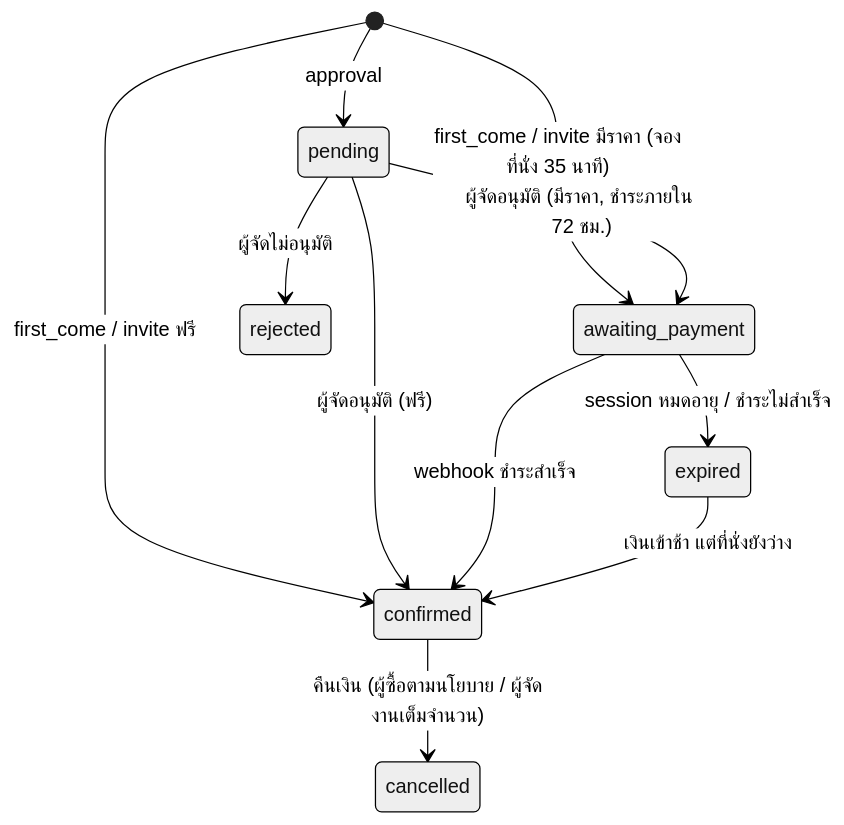
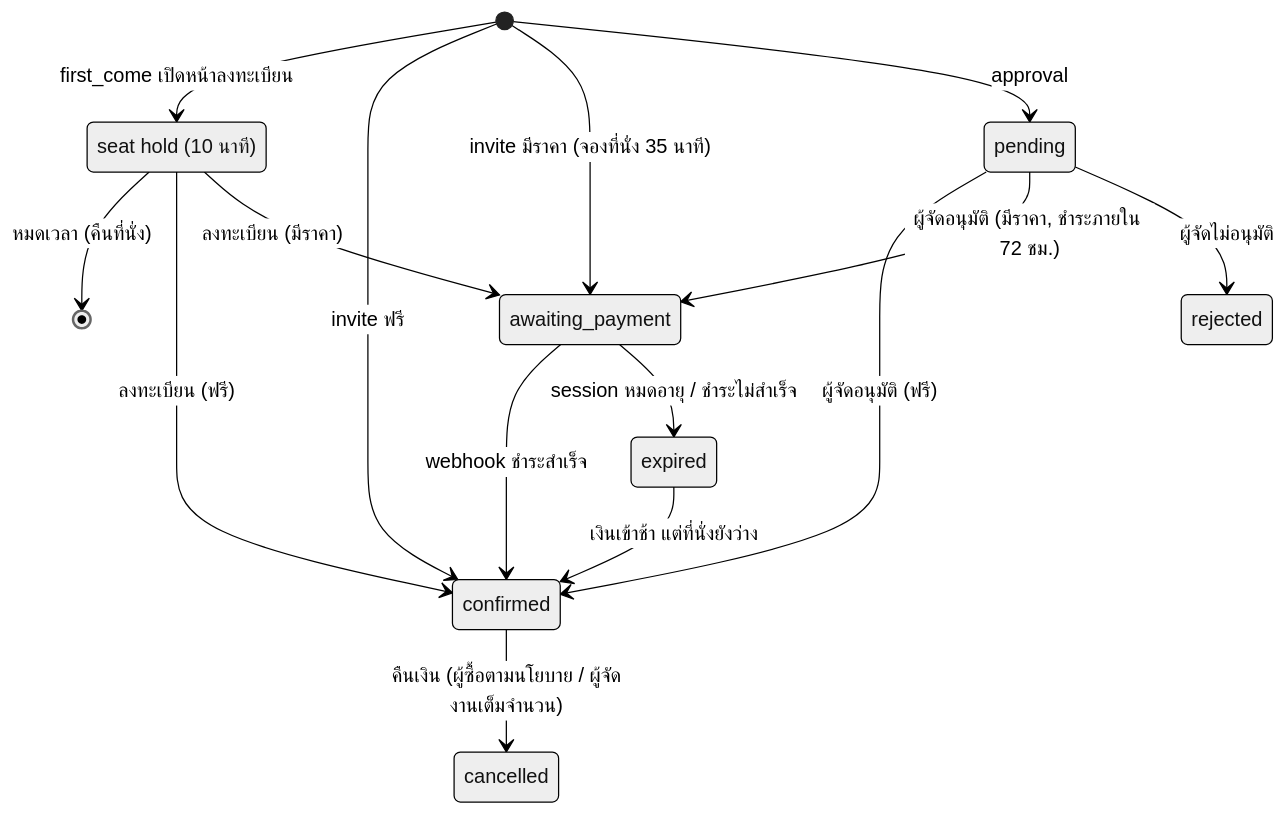
Before and after one commit to Phoz07/Cloud_Computing2026-Project: the second of 6 diagrams in docs/tickets.md, drawn with Mermaid (neutral theme). The commit also changed other lines of this file and 41 other files, not shown here.

````diff
--- a/docs/tickets.md
+++ b/docs/tickets.md
@@ -82,16 +85,21 @@
 ```mermaid
 stateDiagram-v2
-  [*] --> confirmed: first_come / invite ฟรี
-  [*] --> awaiting_payment: first_come / invite มีราคา (จองที่นั่ง 35 นาที)
+  state "seat hold (10 นาที)" as hold
+  [*] --> hold: first_come เปิดหน้าลงทะเบียน
+  hold --> [*]: หมดเวลา (คืนที่นั่ง)
+  hold --> confirmed: ลงทะเบียน (ฟรี)
+  hold --> awaiting_payment: ลงทะเบียน (มีราคา)
+  [*] --> confirmed: invite ฟรี
+  [*] --> awaiting_payment: invite มีราคา (จองที่นั่ง 35 นาที)
   [*] --> pending: approval
 
   pending --> confirmed: ผู้จัดอนุมัติ (ฟรี)
   pending --> awaiting_payment: ผู้จัดอนุมัติ (มีราคา, ชำระภายใน 72 ชม.)
   pending --> rejected: ผู้จัดไม่อนุมัติ
 
   awaiting_payment --> confirmed: webhook ชำระสำเร็จ
   awaiting_payment --> expired: session หมดอายุ / ชำระไม่สำเร็จ
   expired --> confirmed: เงินเข้าช้า แต่ที่นั่งยังว่าง
 
   confirmed --> cancelled: คืนเงิน (ผู้ซื้อตามนโยบาย / ผู้จัดงานเต็มจำนวน)
 ```
````
